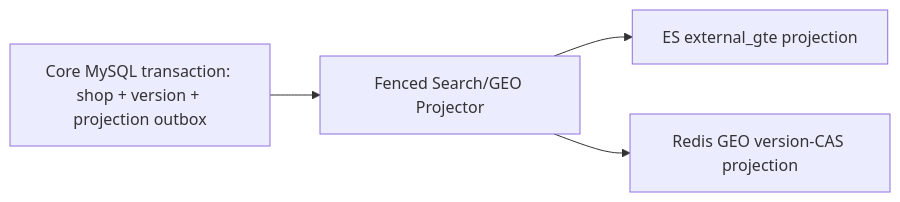
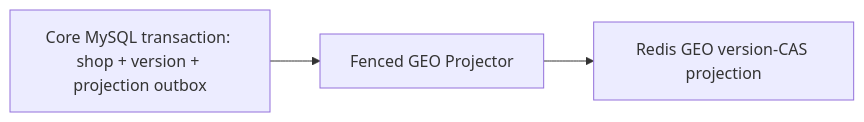
One commit to Tancaject/CityCopilot changed the third of 3 diagrams in docs/architecture/design-citycopilot-production-high-concurrency.md. Above: the diagram before and after it, drawn with Mermaid. The commit also changed other lines of this file and 556 other files, not shown here.

````diff
--- a/docs/architecture/design-citycopilot-production-high-concurrency.md
+++ b/docs/architecture/design-citycopilot-production-high-concurrency.md
@@ -408,6 +381,5 @@
 ```mermaid
 flowchart LR
-    TX["Core MySQL transaction: shop + version + projection outbox"] --> PROJECTOR2["Fenced Search/GEO Projector"]
-    PROJECTOR2 --> ESP["ES external_gte projection"]
+    TX["Core MySQL transaction: shop + version + projection outbox"] --> PROJECTOR2["Fenced GEO Projector"]
     PROJECTOR2 --> GEOP["Redis GEO version-CAS projection"]
 ```
````
